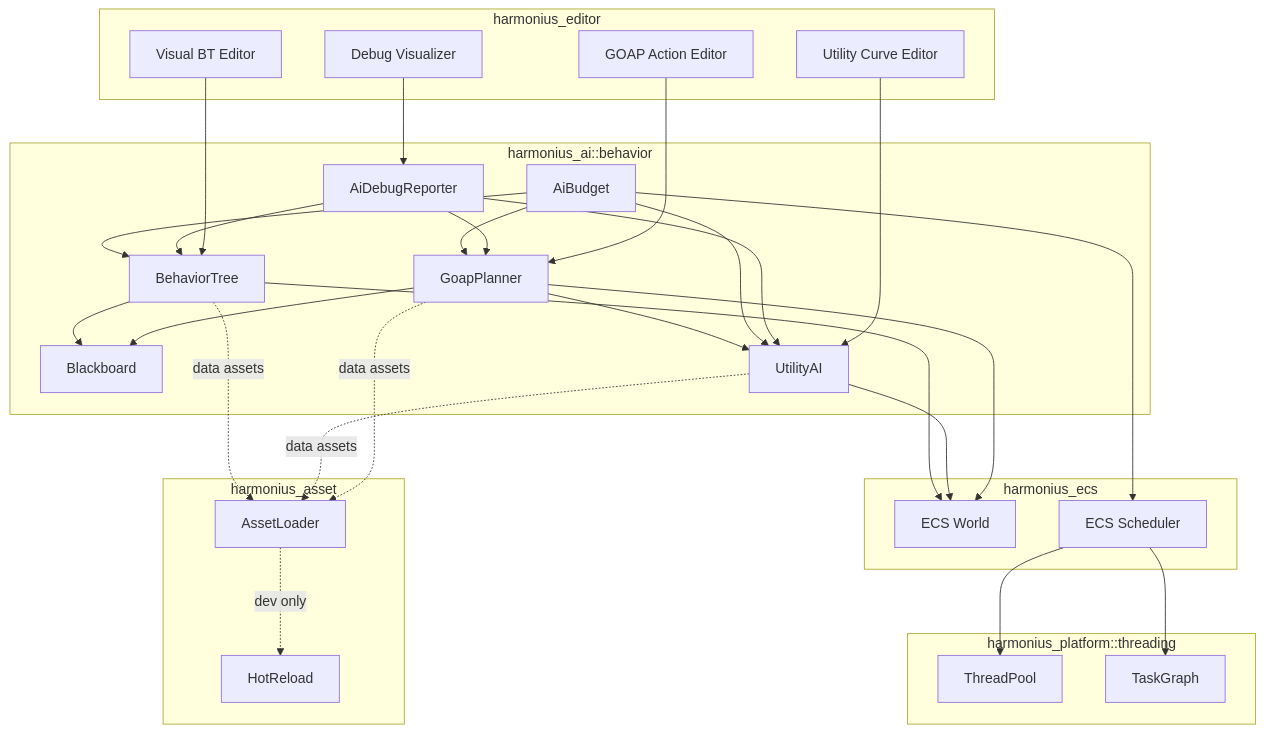
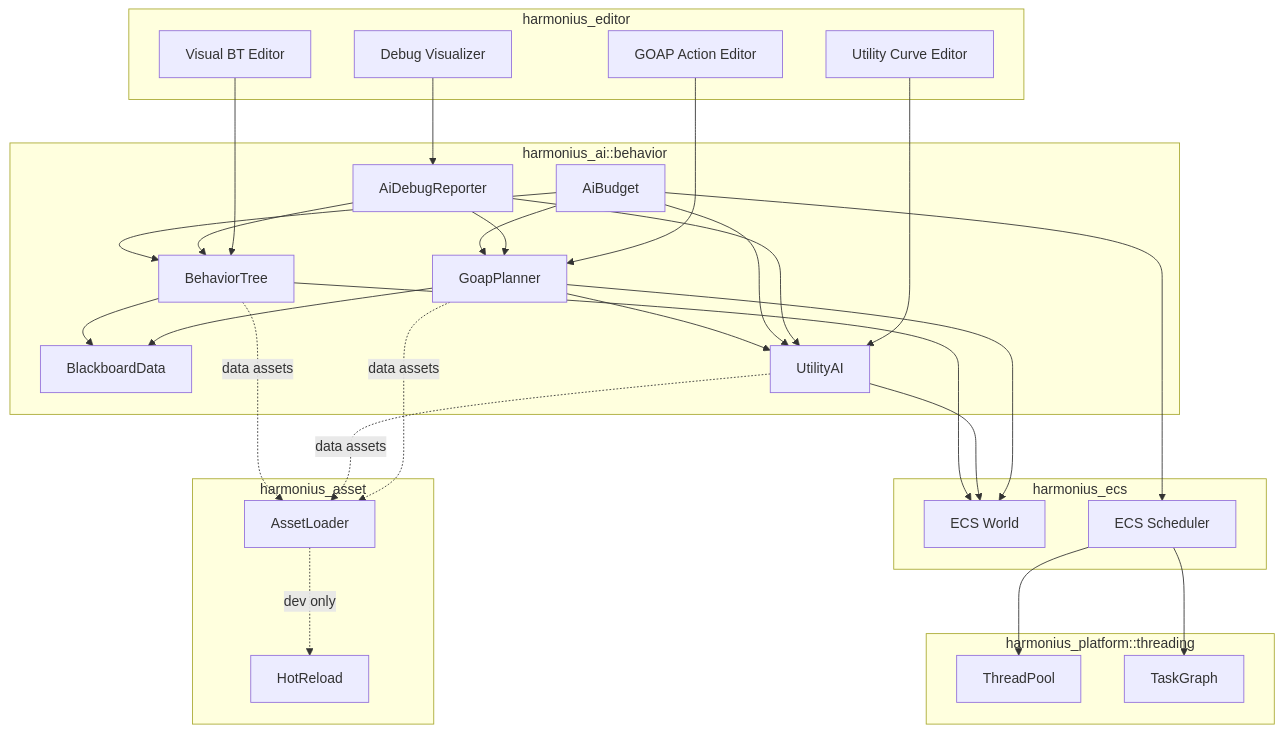
The first of 8 diagrams in docs/design/ai/behavior.md (harmonius-dev/harmonius), drawn with Mermaid before and after one commit. The commit also changed other lines of this file and 143 other files, not shown here.

````diff
--- a/docs/design/ai/behavior.md
+++ b/docs/design/ai/behavior.md
@@ -97,60 +108,60 @@
 ```mermaid
 graph TD
     subgraph "harmonius_ai::behavior"
         BT[BehaviorTree]
-        BB[Blackboard]
+        BB[BlackboardData]
         UA[UtilityAI]
         GP[GoapPlanner]
         BD[AiBudget]
         DR[AiDebugReporter]
     end
 
     subgraph "harmonius_ecs"
         EC[ECS World]
         SC[ECS Scheduler]
     end
 
     subgraph "harmonius_platform::threading"
         TP[ThreadPool]
         TG[TaskGraph]
     end
 
     subgraph "harmonius_asset"
         AL[AssetLoader]
         HR[HotReload]
     end
 
     subgraph "harmonius_editor"
         VE[Visual BT Editor]
         UE[Utility Curve Editor]
         GE[GOAP Action Editor]
         DV[Debug Visualizer]
     end
 
     BT --> BB
     BT --> EC
     UA --> EC
     GP --> EC
     GP --> BB
     GP --> UA
     BD --> BT
     BD --> UA
     BD --> GP
     DR --> BT
     DR --> UA
     DR --> GP
 
     BT -.->|"data assets"| AL
     UA -.->|"data assets"| AL
     GP -.->|"data assets"| AL
     AL -.->|"dev only"| HR
 
     SC --> TP
     SC --> TG
     BD --> SC
 
     VE --> BT
     UE --> UA
     GE --> GP
     DV --> DR
 ```
````
